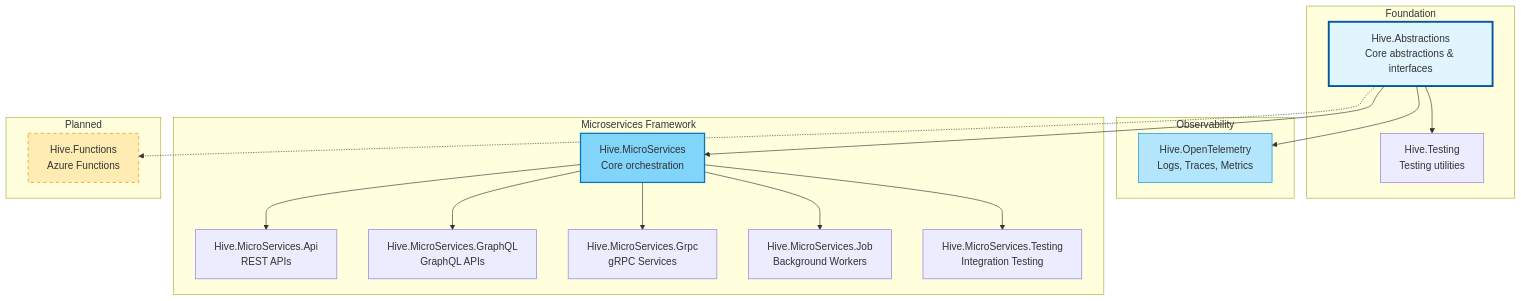
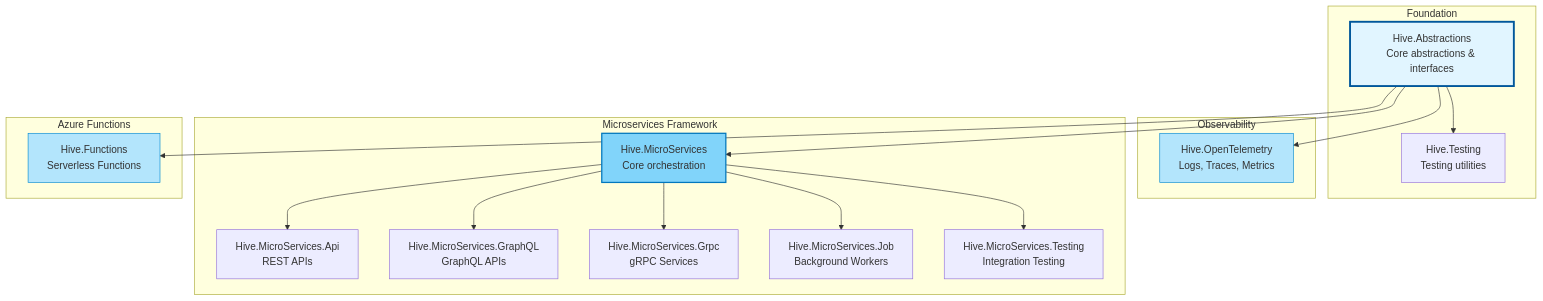
Before and after one commit to cloud-tek/hive: the diagram in README.md, drawn with Mermaid. The commit also changed other lines of this file and 4 other files, not shown here.

First line of the commit message:
docs: create hive.functions README and fix documentation links

````diff
--- a/README.md
+++ b/README.md
@@ -80,39 +80,39 @@
 ```mermaid
 graph TB
     subgraph "Foundation"
         Abstractions[Hive.Abstractions<br/>Core abstractions & interfaces]
         Testing[Hive.Testing<br/>Testing utilities]
     end
 
     subgraph "Observability"
         OpenTelemetry[Hive.OpenTelemetry<br/>Logs, Traces, Metrics]
     end
 
     subgraph "Microservices Framework"
         MicroServices[Hive.MicroServices<br/>Core orchestration]
         Api[Hive.MicroServices.Api<br/>REST APIs]
         GraphQL[Hive.MicroServices.GraphQL<br/>GraphQL APIs]
         Grpc[Hive.MicroServices.Grpc<br/>gRPC Services]
         Job[Hive.MicroServices.Job<br/>Background Workers]
         MSTesting[Hive.MicroServices.Testing<br/>Integration Testing]
     end
 
-    subgraph "Planned"
-        Functions[Hive.Functions<br/>Azure Functions]
+    subgraph "Azure Functions"
+        Functions[Hive.Functions<br/>Serverless Functions]
     end
 
     Abstractions --> Testing
     Abstractions --> OpenTelemetry
     Abstractions --> MicroServices
+    Abstractions --> Functions
     MicroServices --> Api
     MicroServices --> GraphQL
     MicroServices --> Grpc
     MicroServices --> Job
     MicroServices --> MSTesting
-    Abstractions -.-> Functions
 
     style Abstractions fill:#e1f5ff,stroke:#01579b,stroke-width:3px
     style MicroServices fill:#81d4fa,stroke:#0277bd,stroke-width:2px
     style OpenTelemetry fill:#b3e5fc,stroke:#0288d1
-    style Functions fill:#ffecb3,stroke:#f57c00,stroke-dasharray: 5 5
+    style Functions fill:#b3e5fc,stroke:#0288d1
 ```
````
